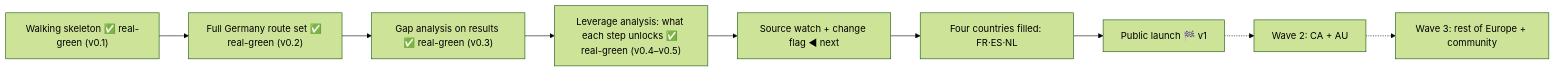
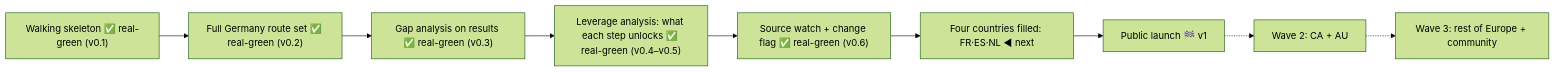
The diagram in KANBAN.md (OytunOnal/permit-rulebook), drawn with Mermaid (forest theme) before and after one commit. The commit also changed other lines of this file and 3 other files, not shown here.

Commit message:
Ledgers: v0.6 real-green (source watch), code-review findings recorded, architecture updated

````diff
--- a/KANBAN.md
+++ b/KANBAN.md
@@ -8,11 +8,11 @@
 ```mermaid
 flowchart LR
     A["Walking skeleton ✅ real-green (v0.1)"] --> B["Full Germany route set ✅ real-green (v0.2)"]
     B --> C["Gap analysis on results ✅ real-green (v0.3)"]
     C --> C2["Leverage analysis: what each step unlocks ✅ real-green (v0.4–v0.5)"]
-    C2 --> D["Source watch + change flag ◀ next"]
-    D --> E["Four countries filled: FR·ES·NL"]
+    C2 --> D["Source watch + change flag ✅ real-green (v0.6)"]
+    D --> E["Four countries filled: FR·ES·NL ◀ next"]
     E --> F["Public launch 🏁 v1"]
     F -.-> G["Wave 2: CA + AU"]
     G -.-> H["Wave 3: rest of Europe + community"]
 ```
````
